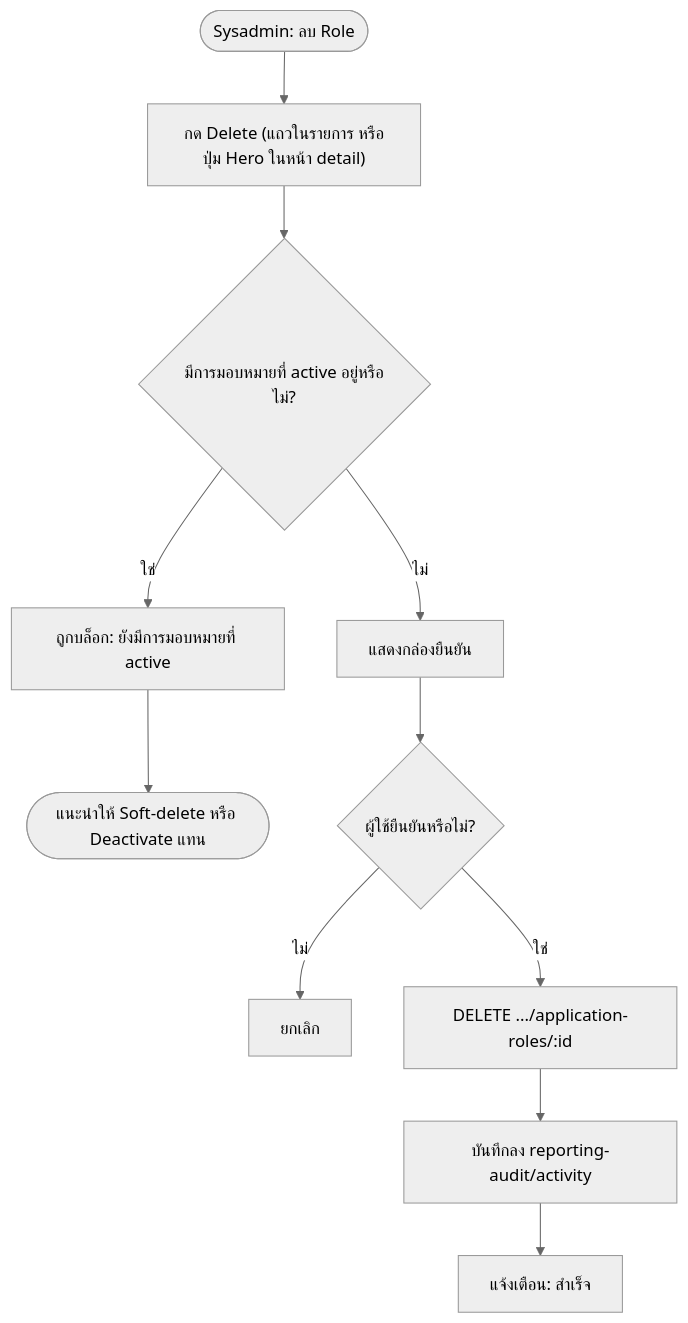
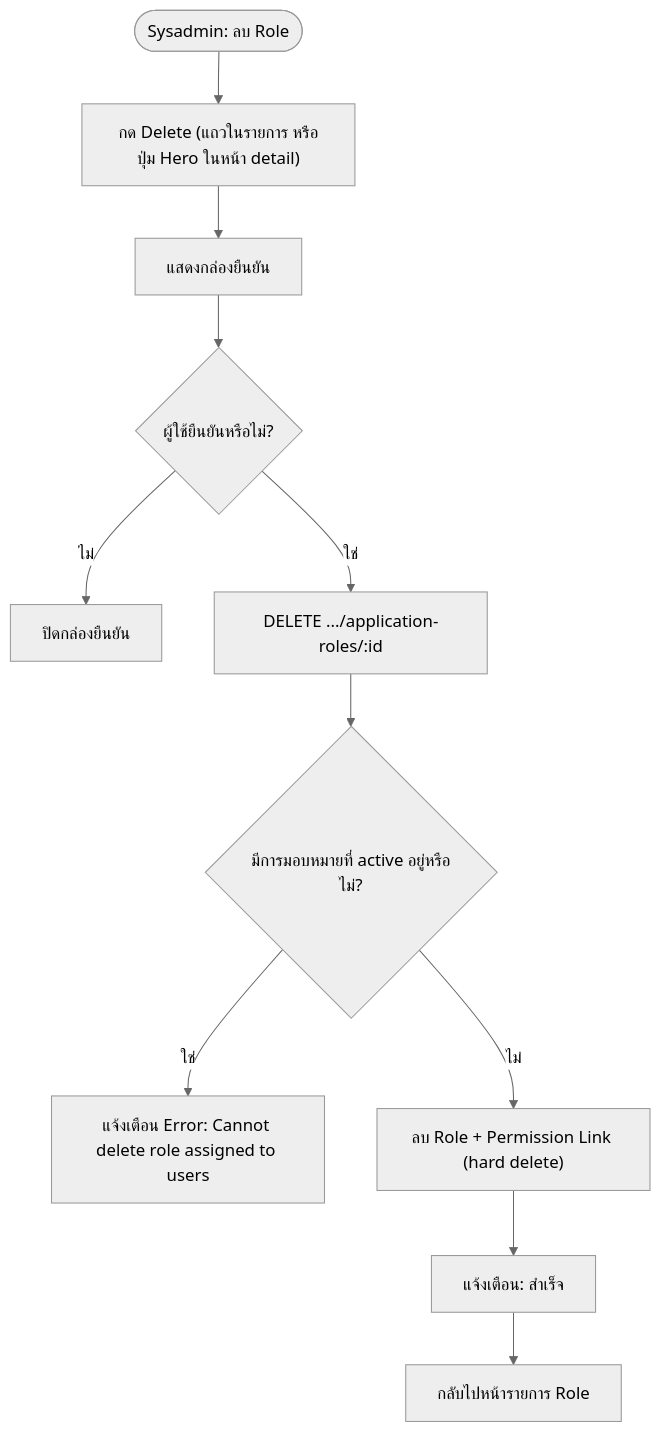
One commit to CarmenSoftware-organization/carmen-wiki changed the second of 2 diagrams in th/inventory/access-control/application-role.md. Above: the diagram before and after it, drawn with Mermaid (neutral theme). The commit also changed other lines of this file and 3 other files, not shown here.

Commit message:
fix(access-control,templates): drop fabricated role steps, correct delete flow and citations (review round 1)

````diff
--- a/th/inventory/access-control/application-role.md
+++ b/th/inventory/access-control/application-role.md
@@ -69,13 +70,13 @@
 ```mermaid
 flowchart TD
     Start(["Sysadmin: ลบ Role"]) --> ClickDelete["กด Delete (แถวในรายการ หรือปุ่ม Hero ในหน้า detail)"]
-    ClickDelete --> CheckUsers{"มีการมอบหมายที่ active อยู่หรือไม่?"}
-    CheckUsers -->|"ใช่"| ShowError["ถูกบล็อก: ยังมีการมอบหมายที่ active"]
-    ShowError --> End1(["แนะนำให้ Soft-delete หรือ Deactivate แทน"])
-    CheckUsers -->|"ไม่"| Confirm["แสดงกล่องยืนยัน"]
+    ClickDelete --> Confirm["แสดงกล่องยืนยัน"]
     Confirm --> UserConfirms{"ผู้ใช้ยืนยันหรือไม่?"}
-    UserConfirms -->|"ไม่"| Cancel["ยกเลิก"]
-    UserConfirms -->|"ใช่"| DeleteRole["DELETE .../application-roles/:id"]
-    DeleteRole --> LogAudit["บันทึกลง reporting-audit/activity"]
-    LogAudit --> Success["แจ้งเตือน: สำเร็จ"]
+    UserConfirms -->|"ไม่"| Cancel["ปิดกล่องยืนยัน"]
+    UserConfirms -->|"ใช่"| DeleteReq["DELETE .../application-roles/:id"]
+    DeleteReq --> CheckUsers{"มีการมอบหมายที่ active อยู่หรือไม่?"}
+    CheckUsers -->|"ใช่"| ShowError["แจ้งเตือน Error: Cannot delete role assigned to users"]
+    CheckUsers -->|"ไม่"| DeleteRole["ลบ Role + Permission Link (hard delete)"]
+    DeleteRole --> Success["แจ้งเตือน: สำเร็จ"]
+    Success --> ReturnList["กลับไปหน้ารายการ Role"]
 ```
````
